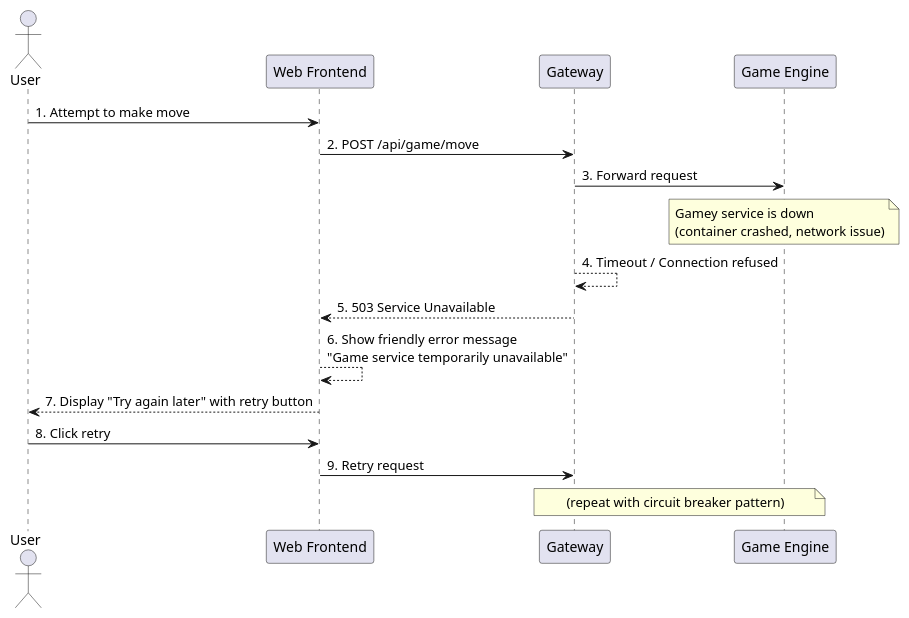
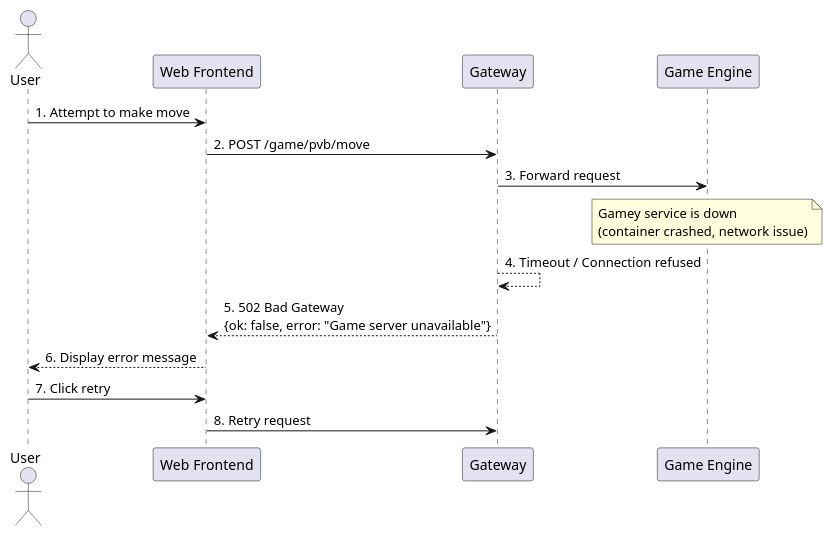
Before and after one commit to Arquisoft/yovi_en2c: the fourth of 7 diagrams in docs/src/06_runtime_view.adoc, drawn with PlantUML. The commit also changed other lines of this file, not shown here.

Commit message:
Rewrite Scenario 1 to include the Authentication Service as an intermediate participant between gateway and users service. Add Scenario 4.4 for expired/invalid JWT token handling and correct game result route to /gameresult.

```diff
--- a/docs/src/06_runtime_view.adoc
+++ b/docs/src/06_runtime_view.adoc
@@ -291,26 +248,23 @@
 [plantuml,"Game Engine Down",png]
 ----
 @startuml
 actor "User" as User
 participant "Web Frontend" as Webapp
 participant "Gateway" as Gateway
 participant "Game Engine" as Gamey
 
 User -> Webapp: 1. Attempt to make move
-Webapp -> Gateway: 2. POST /api/game/move
+Webapp -> Gateway: 2. POST /game/pvb/move
 Gateway -> Gamey: 3. Forward request
 
 note over Gamey: Gamey service is down\n(container crashed, network issue)
 
 Gateway --> Gateway: 4. Timeout / Connection refused
-Gateway --> Webapp: 5. 503 Service Unavailable
-Webapp --> Webapp: 6. Show friendly error message\n"Game service temporarily unavailable"
-Webapp --> User: 7. Display "Try again later" with retry button
+Gateway --> Webapp: 5. 502 Bad Gateway\n{ok: false, error: "Game server unavailable"}
+Webapp --> User: 6. Display error message
 
-User -> Webapp: 8. Click retry
-Webapp -> Gateway: 9. Retry request
-note over Gateway,Gamey: (repeat with circuit breaker pattern)
-
+User -> Webapp: 7. Click retry
+Webapp -> Gateway: 8. Retry request
 
 @enduml
 ----
```
